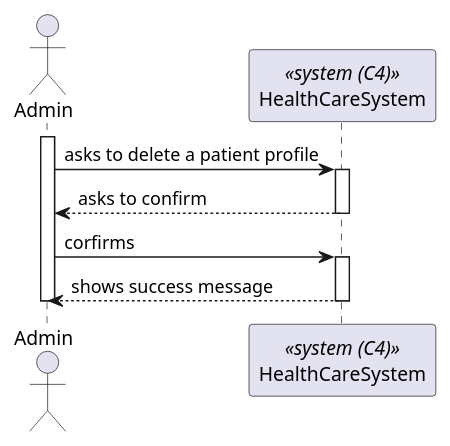
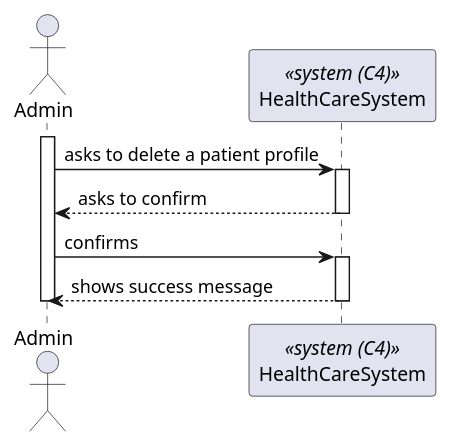
One commit to Lapr5G21/sem5pi-24-25-3ddg21 changed the diagram in docs/sprintB/PatientProfileDelete/views/level1/process-view.puml. Above: the diagram before and after it, drawn with PlantUML. The commit also changed 13 other files, not shown here.

```diff
--- a/docs/sprintB/PatientProfileDelete/views/level1/process-view.puml
+++ b/docs/sprintB/PatientProfileDelete/views/level1/process-view.puml
@@ -1,23 +1,23 @@
 @startuml PatientProfileDelete(level1)
 
 actor "Admin" as Admin
 participant HealthCareSystem as "HealthCareSystem" <<system (C4)>>
 
 activate Admin
     
     Admin -> HealthCareSystem : asks to delete a patient profile
     activate HealthCareSystem
 
     HealthCareSystem --> Admin : asks to confirm
     deactivate HealthCareSystem
 
-    Admin -> HealthCareSystem : corfirms
+    Admin -> HealthCareSystem : confirms
     activate HealthCareSystem 
     
     HealthCareSystem --> Admin: shows success message
     deactivate HealthCareSystem
     
 deactivate Admin
 
 
 @enduml
```
